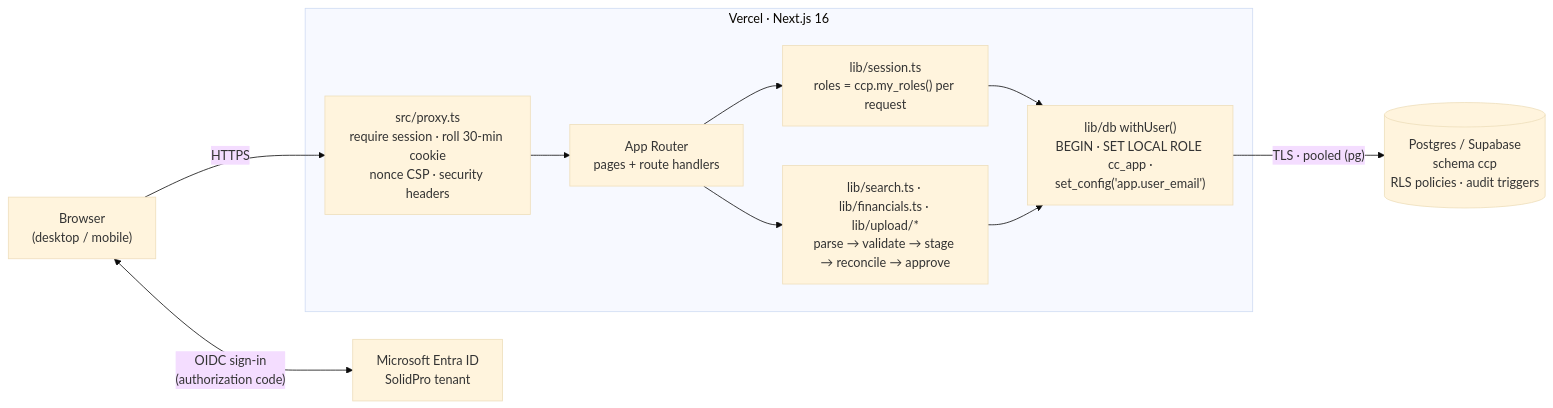
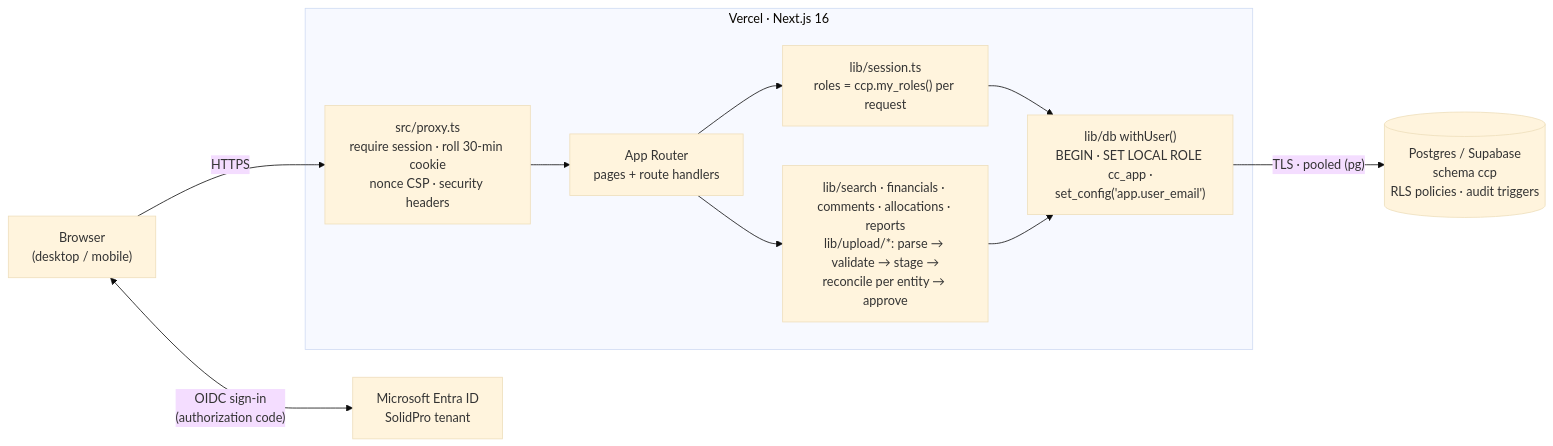
Before and after one commit to kirubakar7-hash/Cost-centre-master: the diagram in README.md, drawn with Mermaid (base theme). The commit also changed other lines of this file and 18 other files, not shown here.

````diff
--- a/README.md
+++ b/README.md
@@ -98,13 +118,13 @@
 ```mermaid
 flowchart LR
   B["Browser<br/>(desktop / mobile)"] -->|HTTPS| PX
   B <-->|"OIDC sign-in<br/>(authorization code)"| ENTRA["Microsoft Entra ID<br/>SolidPro tenant"]
   subgraph VERCEL["Vercel · Next.js 16"]
     PX["src/proxy.ts<br/>require session · roll 30-min cookie<br/>nonce CSP · security headers"] --> APP["App Router<br/>pages + route handlers"]
     APP --> SES["lib/session.ts<br/>roles = ccp.my_roles() per request"]
-    APP --> SVC["lib/search.ts · lib/financials.ts · lib/upload/*<br/>parse → validate → stage → reconcile → approve"]
+    APP --> SVC["lib/search · financials · comments · allocations · reports<br/>lib/upload/*: parse → validate → stage →<br/>reconcile per entity → approve"]
     SES --> DB1["lib/db withUser()<br/>BEGIN · SET LOCAL ROLE cc_app ·<br/>set_config('app.user_email')"]
     SVC --> DB1
   end
   DB1 -->|"TLS · pooled (pg)"| PG[("Postgres / Supabase<br/>schema ccp<br/>RLS policies · audit triggers")]
 ```
````
